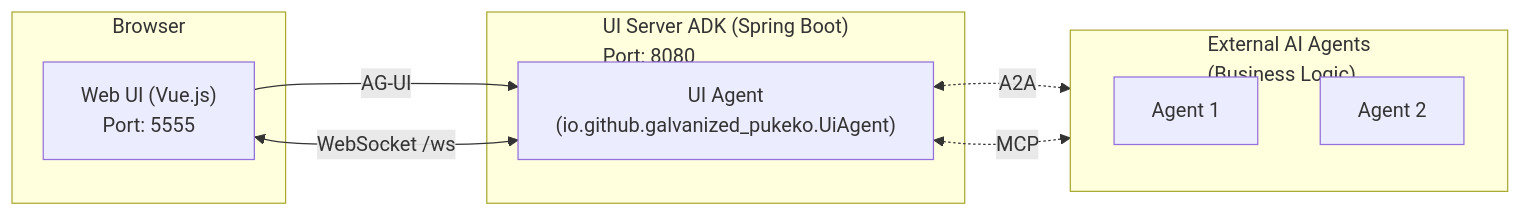
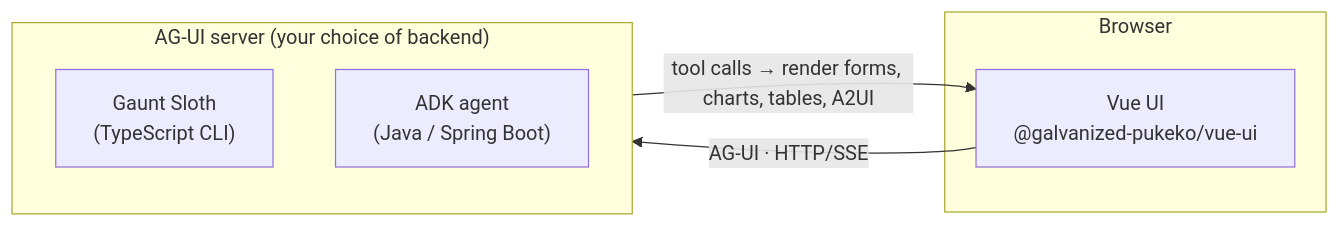
One commit to Galvanized-Pukeko/galvanized-pukeko-ai-ui changed the diagram in README.md. Above: the diagram before and after it, drawn with Mermaid. The commit also changed other lines of this file and 1 other file, not shown here.

First line of the commit message:
docs: make root README vue-ui-first, move ADK detail to its package

````diff
--- a/README.md
+++ b/README.md
@@ -39,21 +49,15 @@
 ```mermaid
 graph LR
     subgraph Browser
-        UI["Web UI (Vue.js)<br/>Port: 5555"]
+        UI["Vue UI<br/>@galvanized-pukeko/vue-ui"]
     end
 
-    subgraph Server["UI Server ADK (Spring Boot)<br/>Port: 8080"]
-        UIAgent["UI Agent<br/>(io.github.galvanized_pukeko.UiAgent)"]
+    subgraph Server["AG-UI server (your choice of backend)"]
+        direction TB
+        GTH["Gaunt Sloth<br/>(TypeScript CLI)"]
+        ADK["ADK agent<br/>(Java / Spring Boot)"]
     end
 
-    subgraph Agents["External AI Agents<br/>(Business Logic)"]
-        direction TB
-        Agent1["Agent 1"]
-        Agent2["Agent 2"]
-    end
-
-    UI -->|AG-UI| UIAgent
-    UI <-->|WebSocket /ws| UIAgent
-    UIAgent <-.->|A2A| Agent1
-    UIAgent <-.->|MCP| Agent2
+    UI -->|"AG-UI · HTTP/SSE"| Server
+    Server -->|"tool calls → render forms, charts, tables, A2UI"| UI
 ```
````
